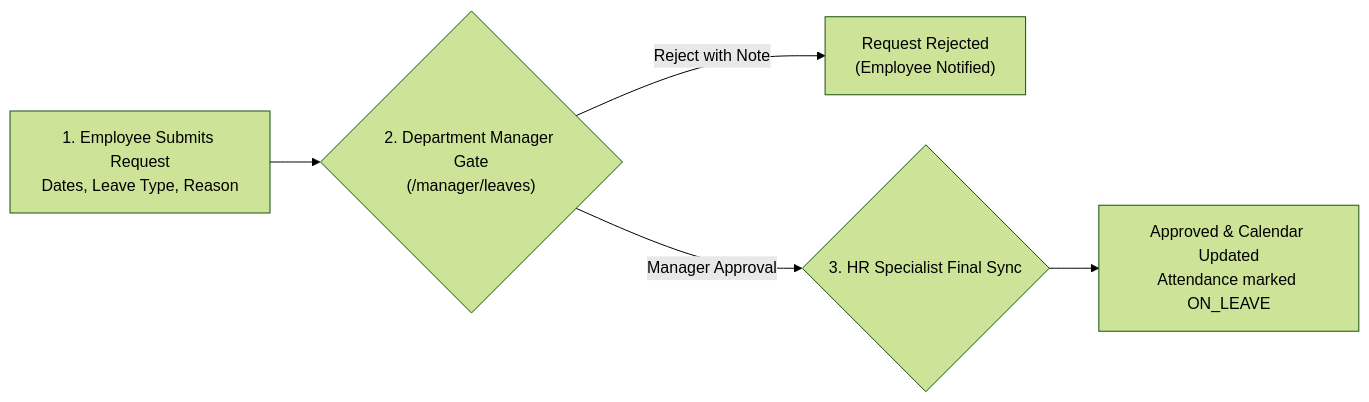
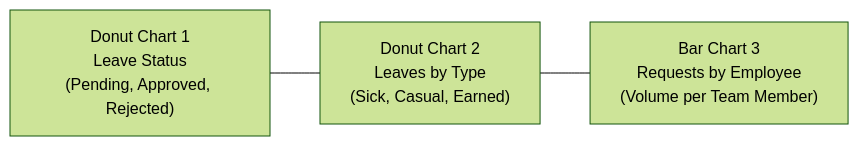
One commit to SRJ-GROUP/hubnest_user_guide changed the second of 3 diagrams in docs/hrms-manager/leaves.md. Above: the diagram before and after it, drawn with Mermaid (forest theme). The commit also changed other lines of this file and 161 other files, not shown here.

Commit message:
feat: complete HubMeet suite, supervisor portal docs, diagram fixes, and interactive eye-button zoom modal

````diff
--- a/docs/hrms-manager/leaves.md
+++ b/docs/hrms-manager/leaves.md
@@ -22,7 +91,8 @@
 ```mermaid
-graph LR
-    Emp["1. Employee Submits Request<br/>Dates, Leave Type, Reason"] --> MgrGate{"2. Department Manager Gate<br/>(/manager/leaves)"}
-    MgrGate -->|Reject with Note| Denied["Request Rejected<br/>(Employee Notified)"]
-    MgrGate -->|Manager Approval| HRGate{"3. HR Specialist Final Sync"}
-    HRGate --> Approved["Approved & Calendar Updated<br/>Attendance marked ON_LEAVE"]
+flowchart LR
+    L1["Donut Chart 1<br/>Leave Status<br/>(Pending, Approved, Rejected)"]
+    L2["Donut Chart 2<br/>Leaves by Type<br/>(Sick, Casual, Earned)"]
+    L3["Bar Chart 3<br/>Requests by Employee<br/>(Volume per Team Member)"]
+
+    L1 --- L2 --- L3
 ```
````
